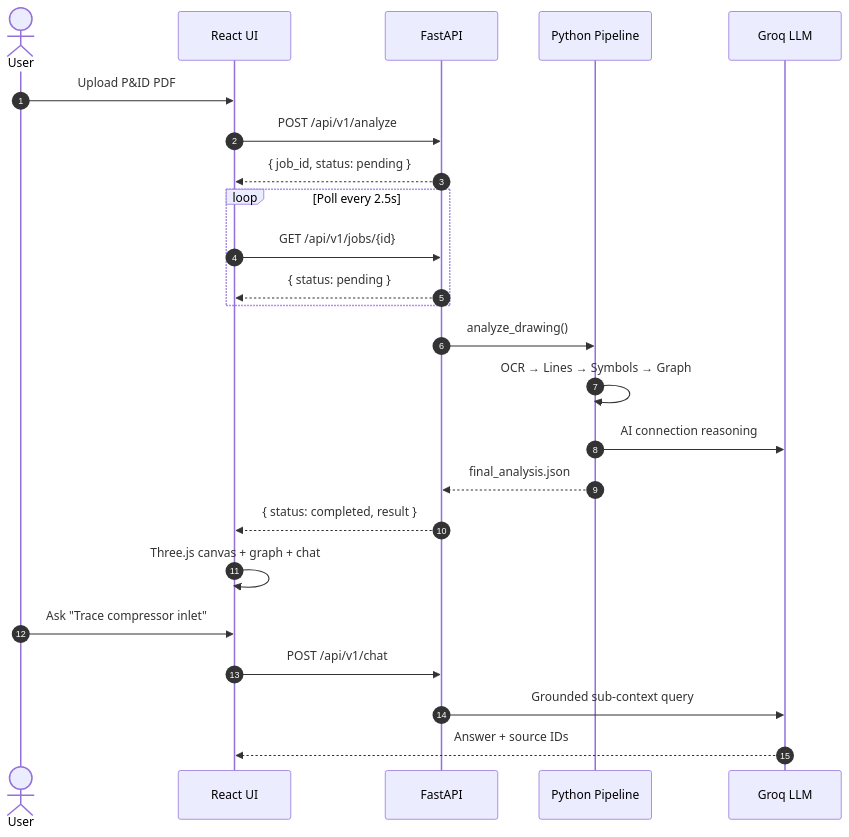
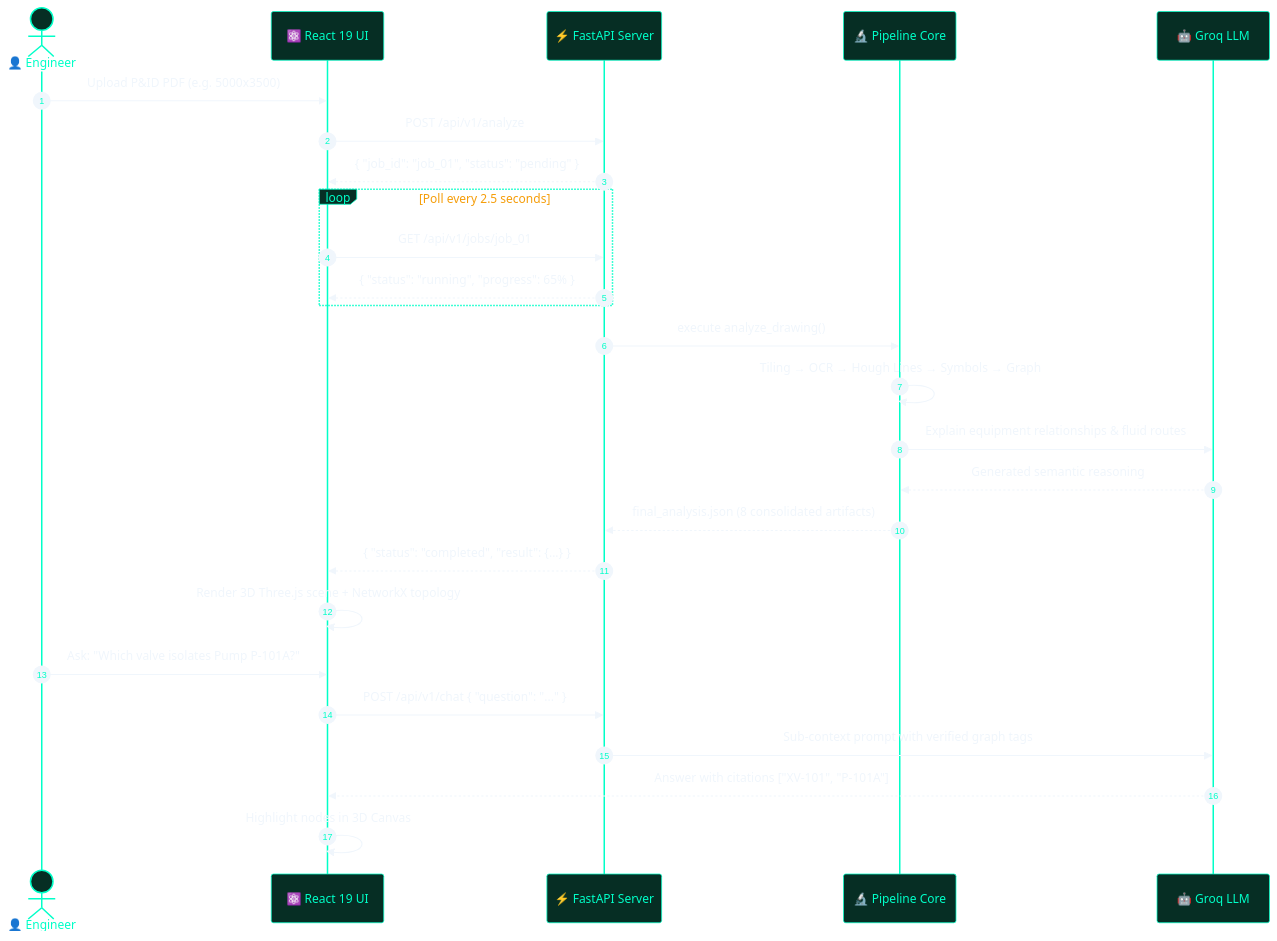
The second of 2 diagrams in README.md (manasshete/Vector-PID), drawn with Mermaid before and after one commit. The commit also changed other lines of this file, not shown here.

````diff
--- a/README.md
+++ b/README.md
@@ -133,27 +305,48 @@
 ```mermaid
+%%{init: {'theme': 'base', 'themeVariables': {
+  'primaryColor': '#161b22',
+  'primaryTextColor': '#f0f6fc',
+  'primaryBorderColor': '#00ffc8',
+  'lineColor': '#00ffc8',
+  'background': '#0d1117',
+  'fontFamily': 'JetBrains Mono',
+  'actorBorder': '#00ffc8',
+  'actorBkg': '#062e24',
+  'actorTextColor': '#00ffc8',
+  'activationBorderColor': '#c084fc',
+  'activationBkgColor': '#2e1065',
+  'sequenceNumberColor': '#00ffc8',
+  'loopTextColor': '#f59e0b'
+}}}%%
 sequenceDiagram
     autonumber
-    actor User
-    participant UI as React UI
-    participant API as FastAPI
-    participant CV as Python Pipeline
-    participant LLM as Groq LLM
+    actor User as 👤 Engineer
+    participant UI as ⚛️ React 19 UI
+    participant API as ⚡ FastAPI Server
+    participant CV as 🔬 Pipeline Core
+    participant LLM as 🤖 Groq LLM
 
-    User->>UI: Upload P&ID PDF
+    User->>UI: Upload P&ID PDF (e.g. 5000x3500)
     UI->>API: POST /api/v1/analyze
-    API-->>UI: { job_id, status: pending }
-    loop Poll every 2.5s
-        UI->>API: GET /api/v1/jobs/{id}
-        API-->>UI: { status: pending }
+    API-->>UI: { "job_id": "job_01", "status": "pending" }
+
+    loop Poll every 2.5 seconds
+        UI->>API: GET /api/v1/jobs/job_01
+        API-->>UI: { "status": "running", "progress": 65% }
     end
-    API->>CV: analyze_drawing()
-    CV->>CV: OCR → Lines → Symbols → Graph
-    CV->>LLM: AI connection reasoning
-    CV-->>API: final_analysis.json
-    API-->>UI: { status: completed, result }
-    UI->>UI: Three.js canvas + graph + chat
-    User->>UI: Ask "Trace compressor inlet"
-    UI->>API: POST /api/v1/chat
-    API->>LLM: Grounded sub-context query
-    LLM-->>UI: Answer + source IDs
+
+    API->>CV: execute analyze_drawing()
+    CV->>CV: Tiling → OCR → Hough Lines → Symbols → Graph
+    CV->>LLM: Explain equipment relationships & fluid routes
+    LLM-->>CV: Generated semantic reasoning
+    CV-->>API: final_analysis.json (8 consolidated artifacts)
+
+    API-->>UI: { "status": "completed", "result": {...} }
+    UI->>UI: Render 3D Three.js scene + NetworkX topology
+
+    User->>UI: Ask: "Which valve isolates Pump P-101A?"
+    UI->>API: POST /api/v1/chat { "question": "..." }
+    API->>LLM: Sub-context prompt with verified graph tags
+    LLM-->>UI: Answer with citations ["XV-101", "P-101A"]
+    UI->>UI: Highlight nodes in 3D Canvas
 ```
````
